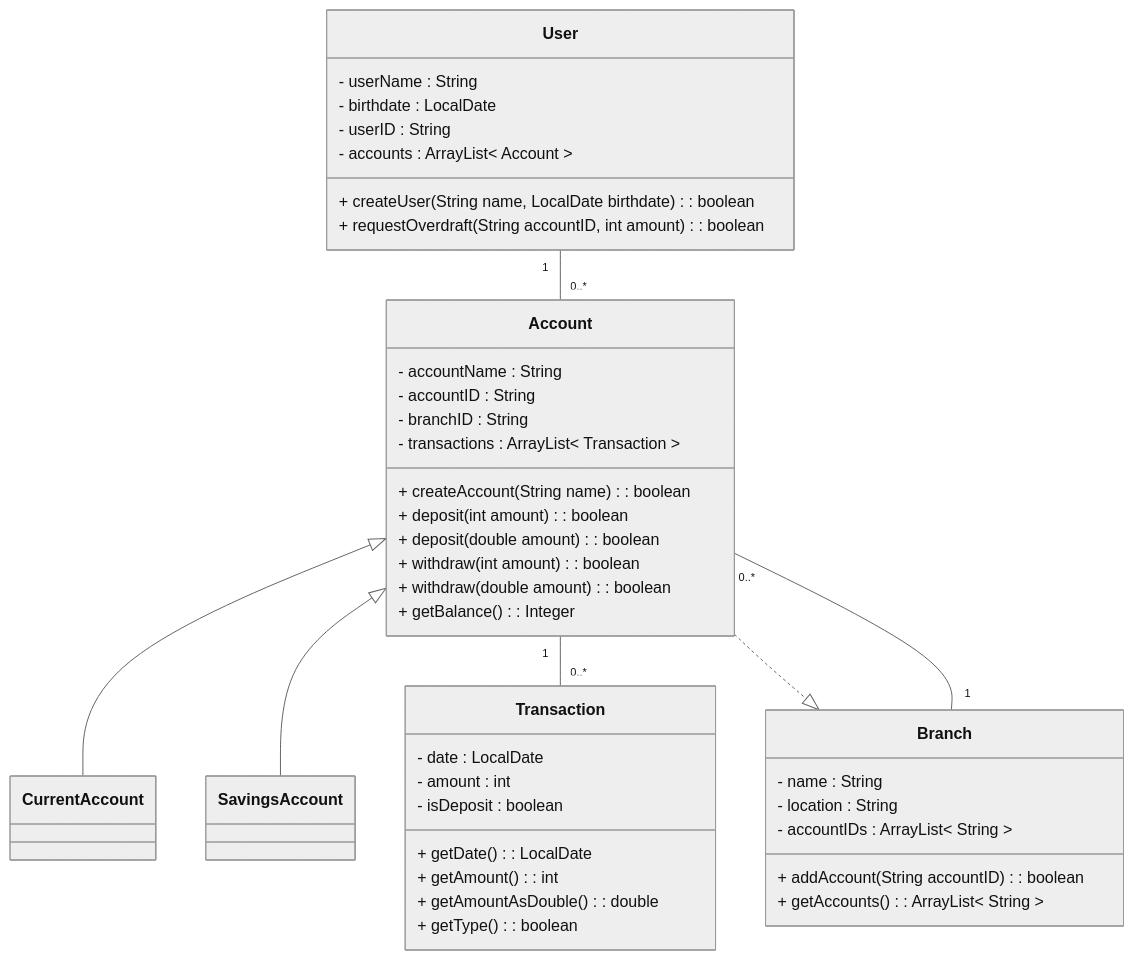
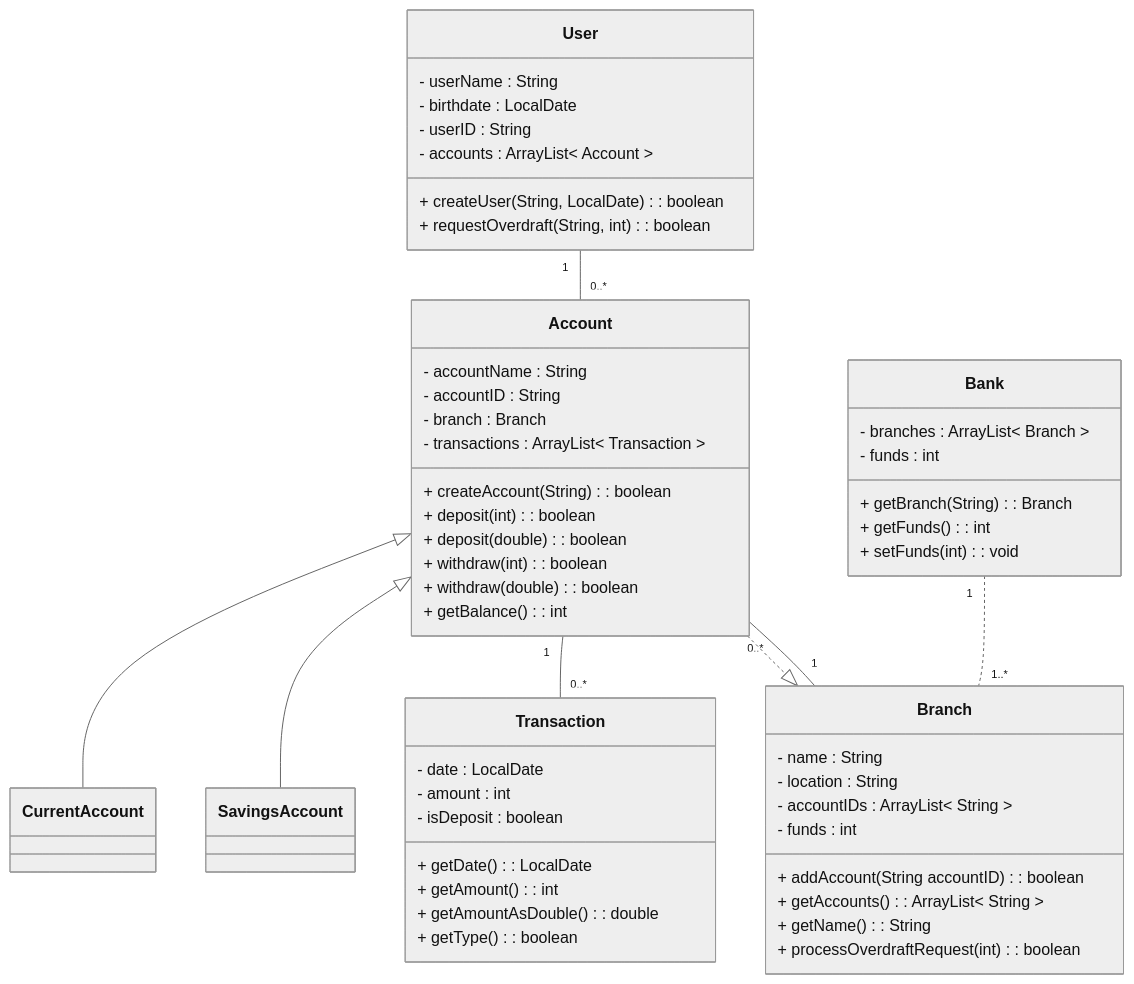
The diagram in class-diagram.md (boolean-uk/java-tdd-oop-bank-challenge), drawn with Mermaid (neutral theme) before and after one commit. The commit also changed 7 other files, not shown here.

`````diff
--- a/class-diagram.md
+++ b/class-diagram.md
@@ -1,52 +1,63 @@
 ````mermaid
 classDiagram
     class User{
         - userName : String
         - birthdate : LocalDate
         - userID : String
         - accounts : ArrayList< Account >
-        + createUser(String name, LocalDate birthdate) : boolean
-        + requestOverdraft(String accountID, int amount) : boolean
+        + createUser(String, LocalDate) : boolean
+        + requestOverdraft(String, int) : boolean
     }
     class Account{
         - accountName : String
         - accountID : String
-        - branchID : String
+        - branch : Branch
         - transactions : ArrayList< Transaction >
-        + createAccount(String name) : boolean
-        + deposit(int amount) : boolean
-        + deposit(double amount) : boolean
-        + withdraw(int amount) : boolean
-        + withdraw(double amount) : boolean
-        + getBalance() : Integer
+        + createAccount(String) : boolean
+        + deposit(int) : boolean
+        + deposit(double) : boolean
+        + withdraw(int) : boolean
+        + withdraw(double) : boolean
+        + getBalance() : int
     }
     class CurrentAccount{
         
     }
     class SavingsAccount{
         
     }
     class Transaction{
         - date : LocalDate
         - amount : int
         - isDeposit : boolean
         + getDate() : LocalDate
         + getAmount() : int
         + getAmountAsDouble() : double
         + getType() : boolean
     }
     class Branch{
         - name : String
         - location : String
         - accountIDs : ArrayList< String >
+        - funds : int
         + addAccount(String accountID) : boolean
         + getAccounts() : ArrayList< String >
+        + getName() : String
+        + processOverdraftRequest(int) : boolean
+    }
+    class Bank{
+        - branches : ArrayList< Branch >
+        - funds : int
+        + getBranch(String) : Branch
+        + getFunds() : int
+        + setFunds(int) : void
     }
     
     Account <|-- CurrentAccount
     Account <|-- SavingsAccount
     Account "1"--"0..*" Transaction 
     User "1" -- "0..*" Account
     Branch "1" -- "0..*" Account
     Account ..|> Branch
+    Bank "1" .. "1..*" Branch
 ````
`````
